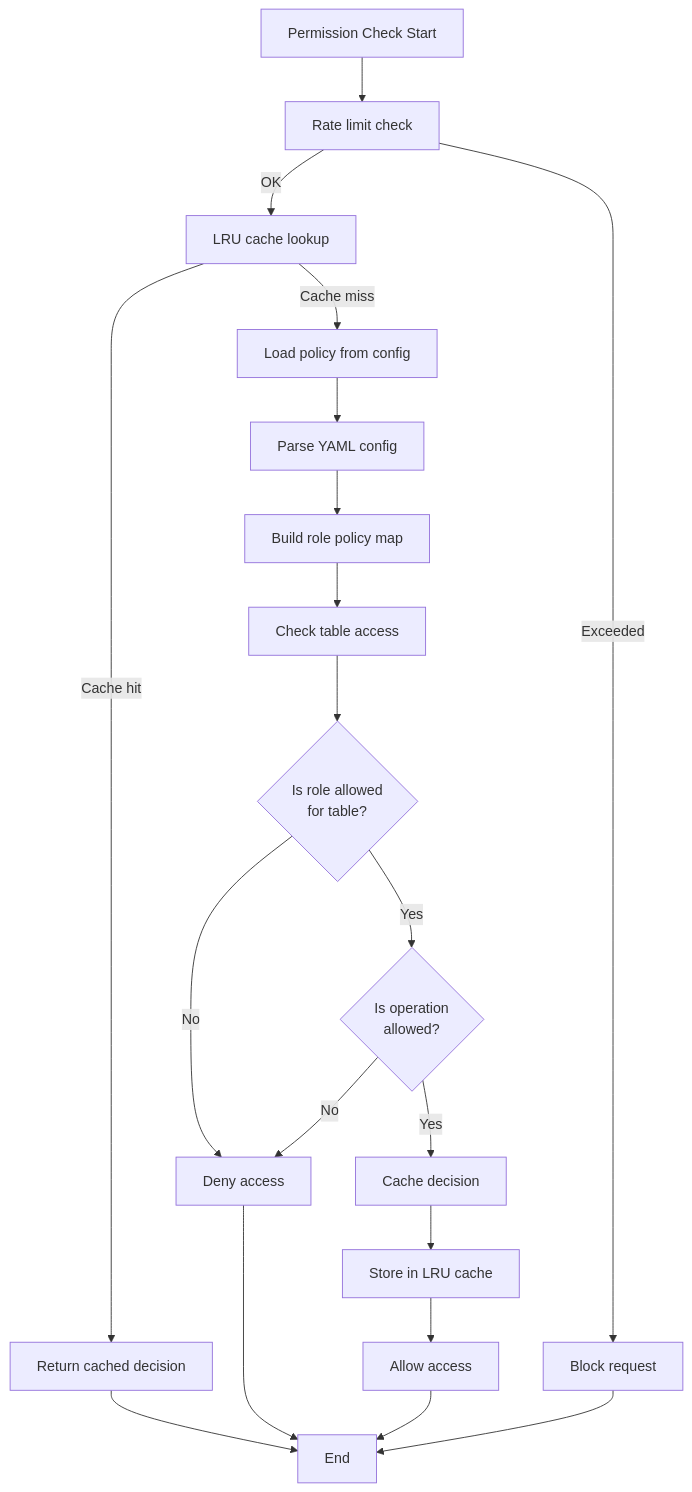
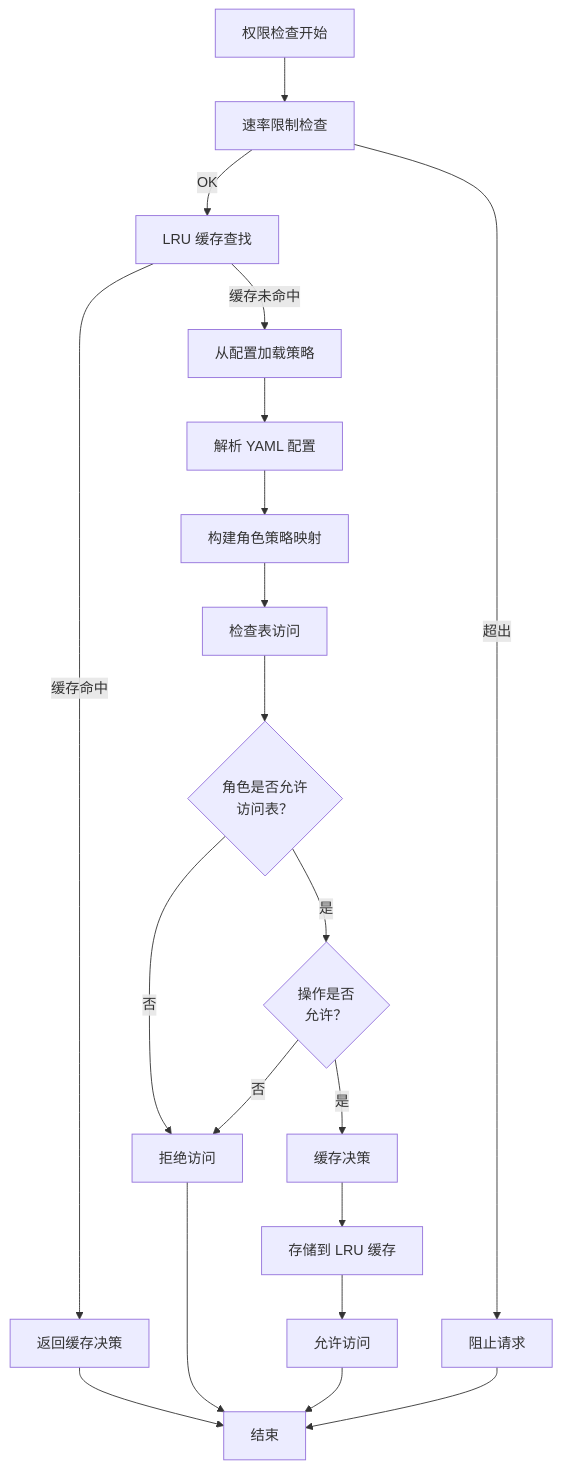
Before and after one commit to Kirky-X/dbnexus: the third of 15 diagrams in docs/ARCHITECTURE.md, drawn with Mermaid. The commit also changed other lines of this file and 2 other files, not shown here.

````diff
--- a/docs/ARCHITECTURE.md
+++ b/docs/ARCHITECTURE.md
@@ -259,28 +259,28 @@
 ```mermaid
 flowchart TD
-    Start[Permission Check Start] --> RateLimit[Rate limit check]
-    RateLimit -->|Exceeded| Block[Block request]
-    RateLimit -->|OK| CacheLookup[LRU cache lookup]
+    Start[权限检查开始] --> RateLimit[速率限制检查]
+    RateLimit -->|超出| Block[阻止请求]
+    RateLimit -->|OK| CacheLookup[LRU 缓存查找]
 
-    CacheLookup -->|Cache hit| ReturnCached[Return cached decision]
-    CacheLookup -->|Cache miss| LoadPolicy[Load policy from config]
+    CacheLookup -->|缓存命中| ReturnCached[返回缓存决策]
+    CacheLookup -->|缓存未命中| LoadPolicy[从配置加载策略]
 
-    LoadPolicy --> ParseYAML[Parse YAML config]
-    ParseYAML --> BuildPolicy[Build role policy map]
-    BuildPolicy --> CheckTable[Check table access]
+    LoadPolicy --> ParseYAML[解析 YAML 配置]
+    ParseYAML --> BuildPolicy[构建角色策略映射]
+    BuildPolicy --> CheckTable[检查表访问]
 
-    CheckTable --> CheckRole{Is role allowed<br/>for table?}
-    CheckRole -->|No| Deny[Deny access]
-    CheckRole -->|Yes| CheckOp{Is operation<br/>allowed?}
+    CheckTable --> CheckRole{角色是否允许<br/>访问表？}
+    CheckRole -->|否| Deny[拒绝访问]
+    CheckRole -->|是| CheckOp{操作是否<br/>允许？}
 
-    CheckOp -->|No| Deny
-    CheckOp -->|Yes| CacheDecision[Cache decision]
+    CheckOp -->|否| Deny
+    CheckOp -->|是| CacheDecision[缓存决策]
 
-    CacheDecision --> StoreCache[Store in LRU cache]
-    StoreCache --> Allow[Allow access]
+    CacheDecision --> StoreCache[存储到 LRU 缓存]
+    StoreCache --> Allow[允许访问]
 
-    ReturnCached --> End[End]
+    ReturnCached --> End[结束]
     Deny --> End
     Allow --> End
     Block --> End
 ```
````
